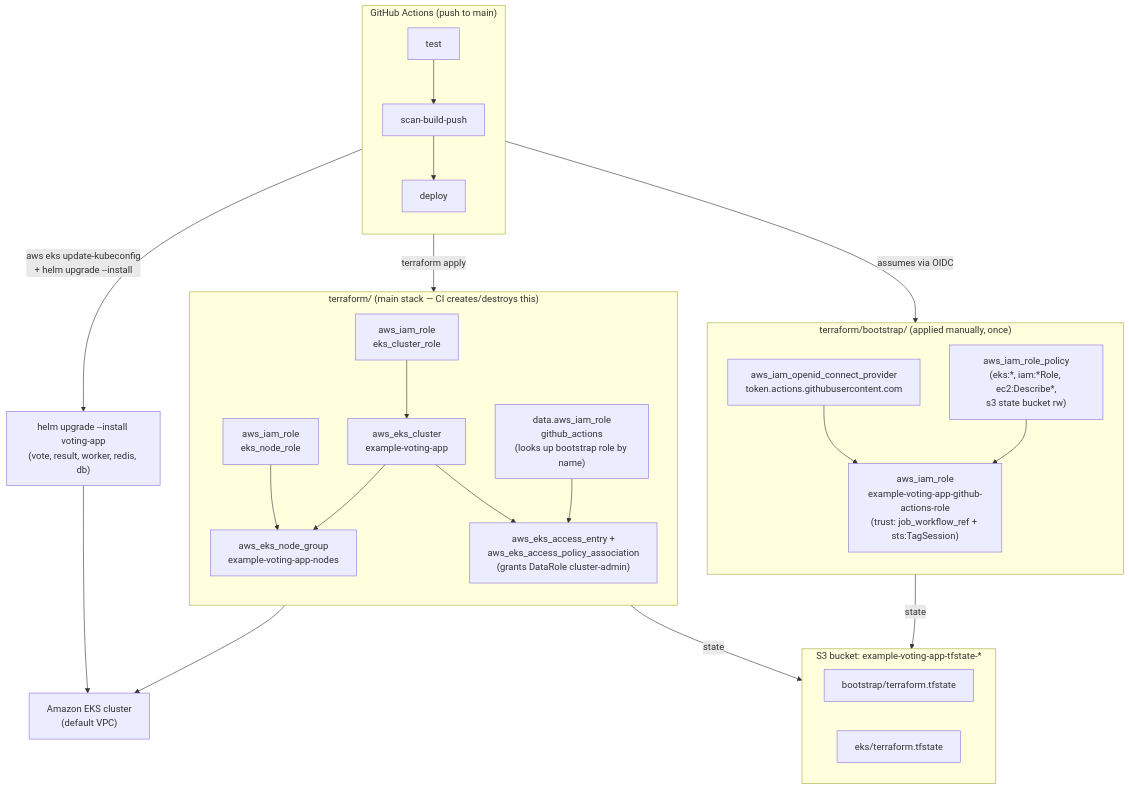
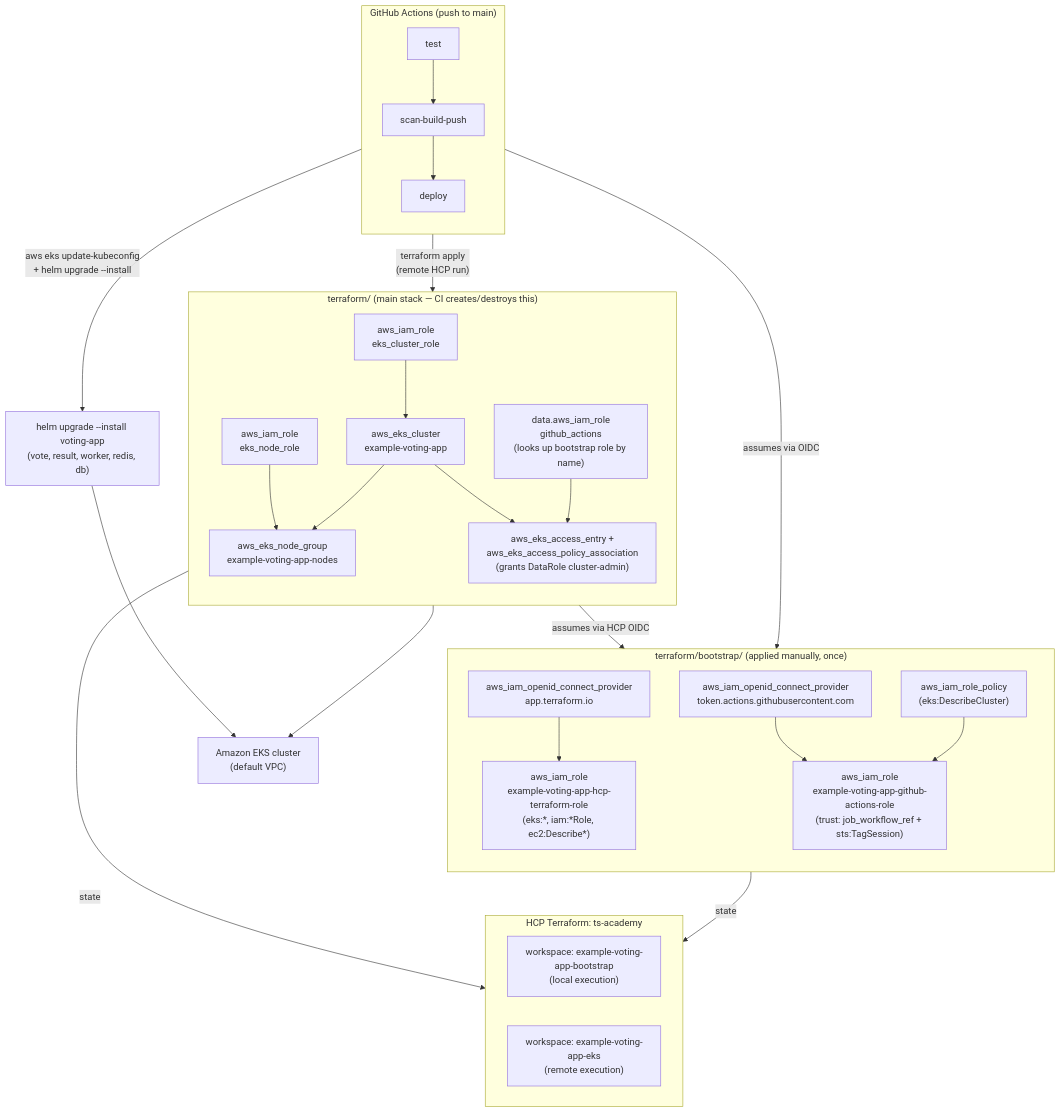
Before and after one commit to Innocent-Ogesiano/example-voting-app: the diagram in terraform-architecture.md, drawn with Mermaid. The commit also changed other lines of this file and 7 other files, not shown here.

Commit message:
Use Terraform HCP to manage remote state and trigger from the pipeline

````diff
--- a/terraform-architecture.md
+++ b/terraform-architecture.md
@@ -9,52 +9,56 @@
 ```mermaid
 flowchart TB
     subgraph CI["GitHub Actions (push to main)"]
         direction TB
         T1[test]
         T2[scan-build-push]
         T3[deploy]
         T1 --> T2 --> T3
     end
 
-    subgraph S3["S3 bucket: example-voting-app-tfstate-*"]
+    subgraph S3["HCP Terraform: ts-academy"]
         direction LR
-        S1["bootstrap/terraform.tfstate"]
-        S2["eks/terraform.tfstate"]
+        S1["workspace: example-voting-app-bootstrap\n(local execution)"]
+        S2["workspace: example-voting-app-eks\n(remote execution)"]
     end
 
     subgraph Bootstrap["terraform/bootstrap/ (applied manually, once)"]
         direction TB
         OIDC["aws_iam_openid_connect_provider\ntoken.actions.githubusercontent.com"]
         Role["aws_iam_role\nexample-voting-app-github-actions-role\n(trust: job_workflow_ref + sts:TagSession)"]
-        Policy["aws_iam_role_policy\n(eks:*, iam:*Role, ec2:Describe*,\ns3 state bucket rw)"]
+        Policy["aws_iam_role_policy\n(eks:DescribeCluster)"]
+        HcpOIDC["aws_iam_openid_connect_provider\napp.terraform.io"]
+        HcpRole["aws_iam_role\nexample-voting-app-hcp-terraform-role\n(eks:*, iam:*Role, ec2:Describe*)"]
+        HcpOIDC --> HcpRole
         OIDC --> Role
         Policy --> Role
     end
 
     subgraph Main["terraform/ (main stack — CI creates/destroys this)"]
         direction TB
         DataRole["data.aws_iam_role\ngithub_actions\n(looks up bootstrap role by name)"]
         ClusterRole["aws_iam_role\neks_cluster_role"]
         NodeRole["aws_iam_role\neks_node_role"]
         Cluster["aws_eks_cluster\nexample-voting-app"]
         NodeGroup["aws_eks_node_group\nexample-voting-app-nodes"]
         AccessEntry["aws_eks_access_entry +\naws_eks_access_policy_association\n(grants DataRole cluster-admin)"]
 
         ClusterRole --> Cluster
         NodeRole --> NodeGroup
         Cluster --> NodeGroup
         Cluster --> AccessEntry
         DataRole --> AccessEntry
     end
 
     EKS["Amazon EKS cluster\n(default VPC)"]
     Helm["helm upgrade --install voting-app\n(vote, result, worker, redis, db)"]
 
     T3 -- "assumes via OIDC" --> Role
-    T3 -- "terraform apply" --> Main
+    T3 -- "terraform apply\n(remote HCP run)" --> Main
+    Main -- "assumes via HCP OIDC" --> HcpRole
     Main -- "state" --> S2
     Bootstrap -- "state" --> S1
     NodeGroup --> EKS
     T3 -- "aws eks update-kubeconfig\n+ helm upgrade --install" --> Helm
     Helm --> EKS
 ```
````
